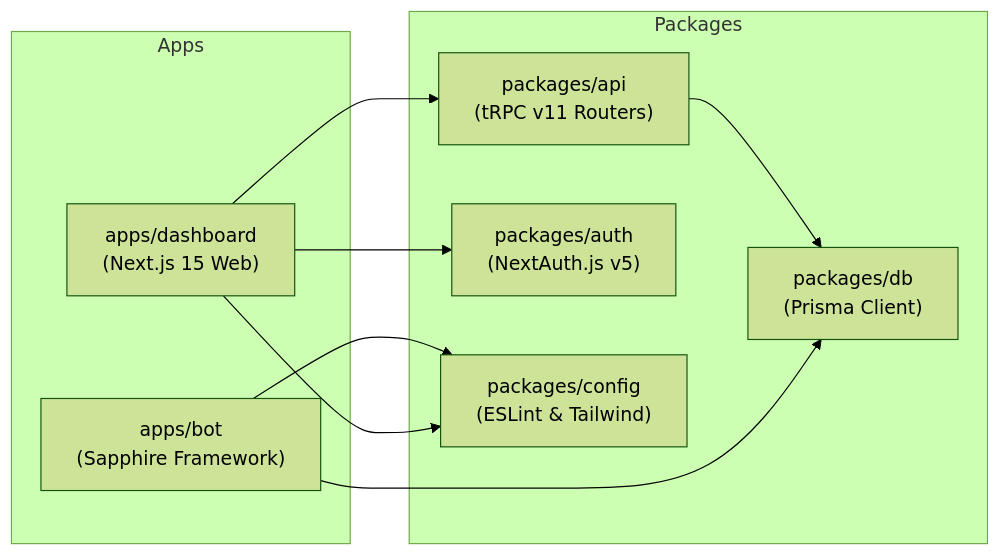
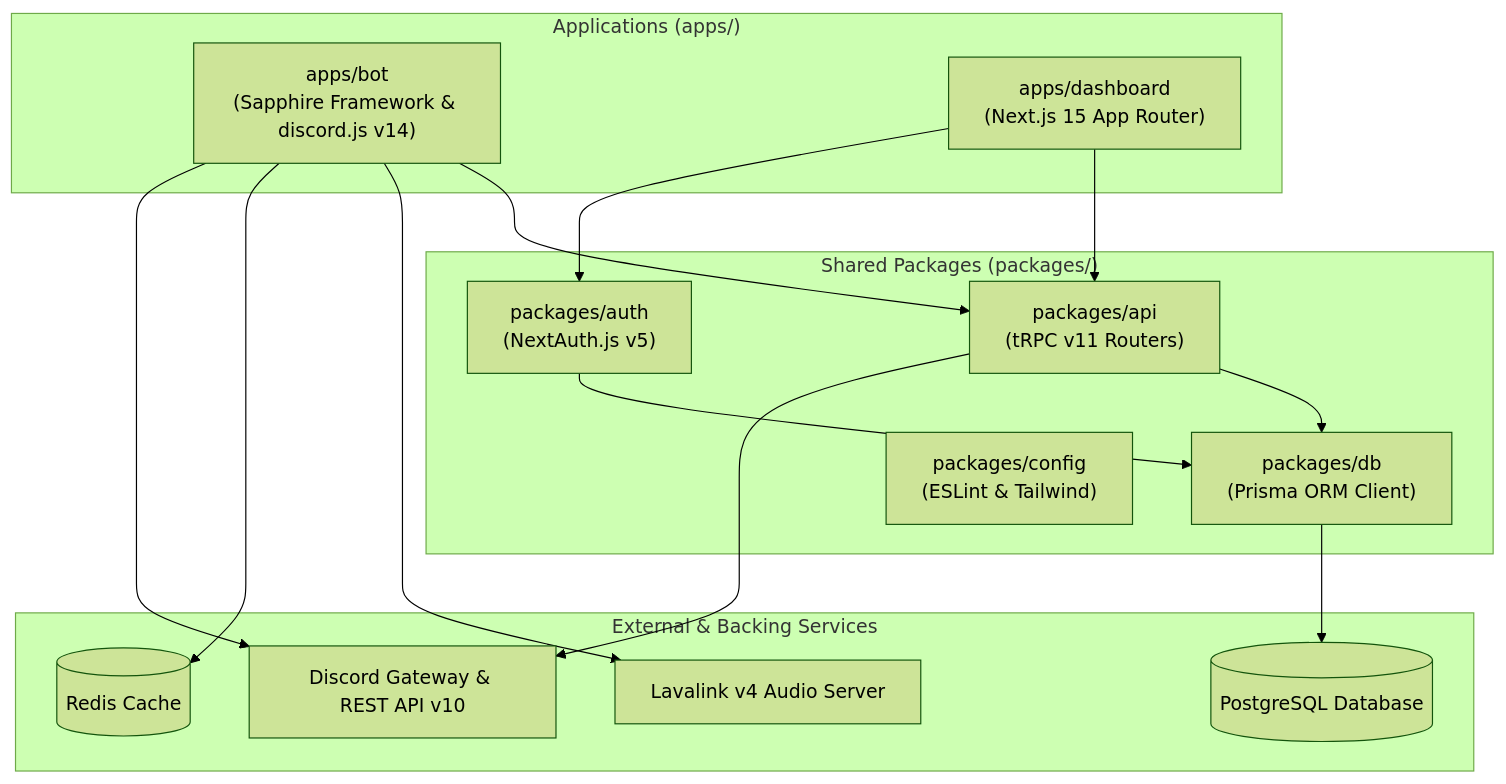
Before and after one commit to PhantomNimbi/Master-Bot: the diagram in wiki/Home.md, drawn with Mermaid (forest theme). The commit also changed other lines of this file and 37 other files, not shown here.

````diff
--- a/wiki/Home.md
+++ b/wiki/Home.md
@@ -5,21 +9,32 @@
 ```mermaid
-flowchart LR
-    subgraph Apps
-        Bot["apps/bot<br/>(Sapphire Framework)"]
-        Dashboard["apps/dashboard<br/>(Next.js 15 Web)"]
+flowchart TD
+    subgraph Apps["Applications (apps/)"]
+        Bot["apps/bot<br/>(Sapphire Framework & discord.js v14)"]
+        Dash["apps/dashboard<br/>(Next.js 15 App Router)"]
     end
 
-    subgraph Packages
+    subgraph Packages["Shared Packages (packages/)"]
         API["packages/api<br/>(tRPC v11 Routers)"]
         Auth["packages/auth<br/>(NextAuth.js v5)"]
-        DB["packages/db<br/>(Prisma Client)"]
+        DB["packages/db<br/>(Prisma ORM Client)"]
         Config["packages/config<br/>(ESLint & Tailwind)"]
     end
 
-    Dashboard --> API
-    Dashboard --> Auth
-    Bot --> DB
+    subgraph Services["External & Backing Services"]
+        PG[("PostgreSQL Database")]
+        Redis[("Redis Cache")]
+        Lava["Lavalink v4 Audio Server"]
+        Discord["Discord Gateway & REST API v10"]
+    end
+
+    Dash --> API
+    Dash --> Auth
+    Bot --> API
     API --> DB
-    Dashboard --> Config
-    Bot --> Config
+    Auth --> DB
+    DB --> PG
+    Bot --> Lava
+    Bot --> Redis
+    Bot --> Discord
+    API --> Discord
 ```
````
